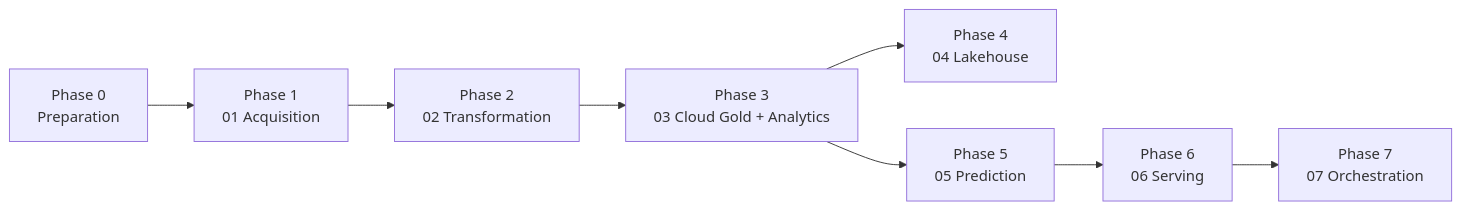
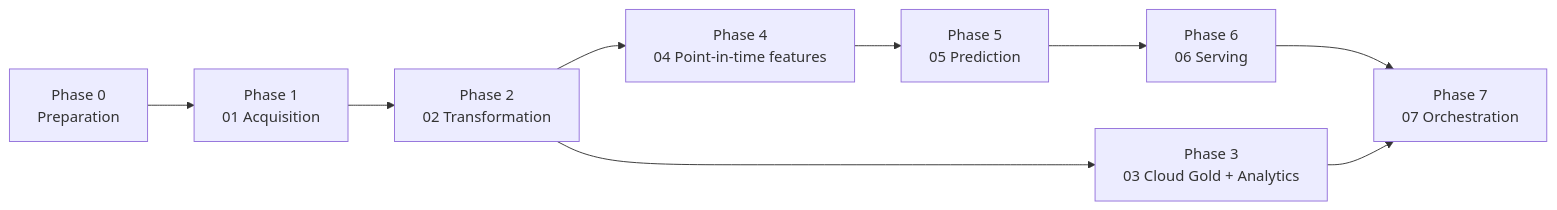
The diagram in Fraport-adsb-intelligence/docs/project-plan.md (Jiahong-Que-9527/SoloLakehouse), drawn with Mermaid before and after one commit. The commit also changed other lines of this file and 18 other files, not shown here.

Commit message:
feat(fraport): replay point-in-time features with DuckDB

````diff
--- a/Fraport-adsb-intelligence/docs/project-plan.md
+++ b/Fraport-adsb-intelligence/docs/project-plan.md
@@ -13,10 +15,11 @@
 ```mermaid
 flowchart LR
     p0["Phase 0<br/>Preparation"] --> p1["Phase 1<br/>01 Acquisition"]
     p1 --> p2["Phase 2<br/>02 Transformation"]
     p2 --> p3["Phase 3<br/>03 Cloud Gold + Analytics"]
-    p3 --> p4["Phase 4<br/>04 Lakehouse"]
-    p3 --> p5["Phase 5<br/>05 Prediction"]
+    p2 --> p4["Phase 4<br/>04 Point-in-time features"]
+    p4 --> p5["Phase 5<br/>05 Prediction"]
     p5 --> p6["Phase 6<br/>06 Serving"]
     p6 --> p7["Phase 7<br/>07 Orchestration"]
+    p3 --> p7
 ```
````
